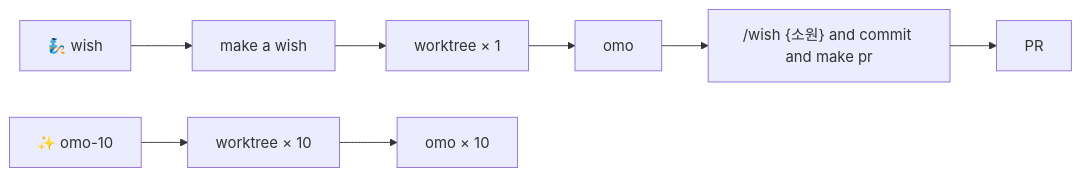
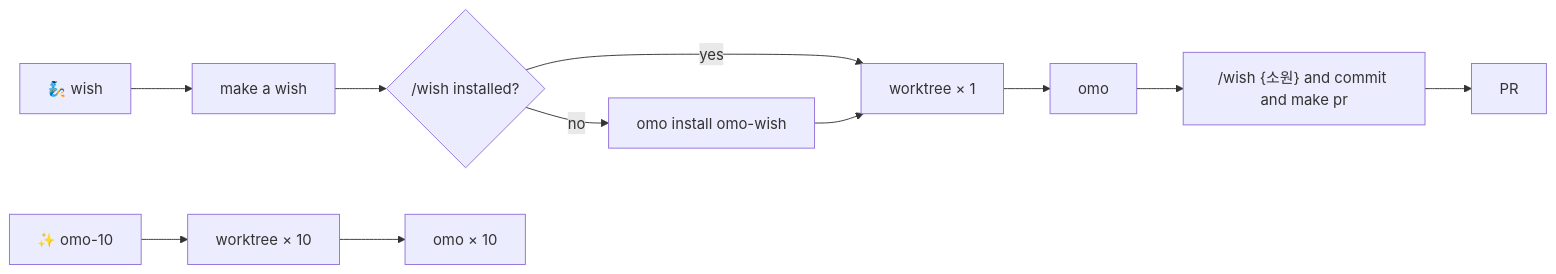
One commit to MovieHolic-Plex/herdr-wish changed the diagram in README.md. Above: the diagram before and after it, drawn with Mermaid. The commit also changed other lines of this file and 2 other files, not shown here.

Commit message:
Install omo /wish automatically when the skill is missing.

````diff
--- a/README.md
+++ b/README.md
@@ -261,11 +264,14 @@
 ```mermaid
 flowchart LR
   W["🧞 wish"] --> M["make a wish"]
-  M --> T["worktree × 1"]
+  M --> S{"/wish installed?"}
+  S -->|no| I["omo install omo-wish"]
+  S -->|yes| T["worktree × 1"]
+  I --> T
   T --> O["omo"]
   O --> P["/wish {소원} and commit and make pr"]
   P --> R["PR"]
 
   X["✨ omo-10"] --> N["worktree × 10"]
   N --> Y["omo × 10"]
 ```
````
